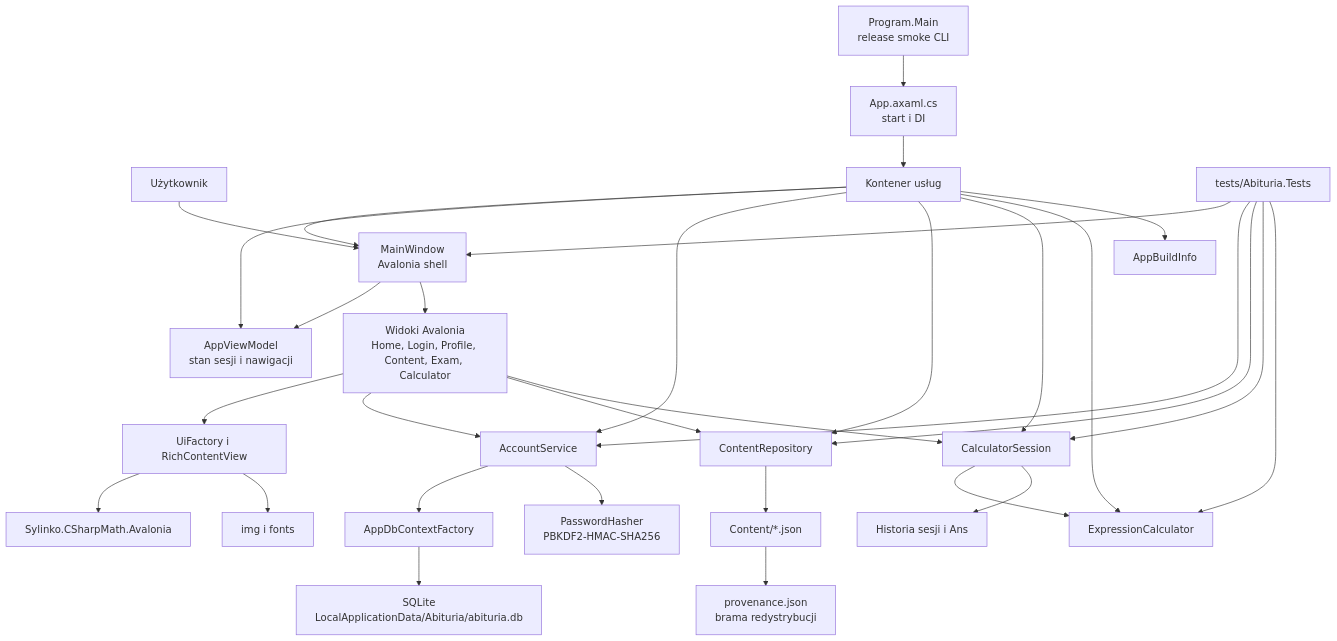
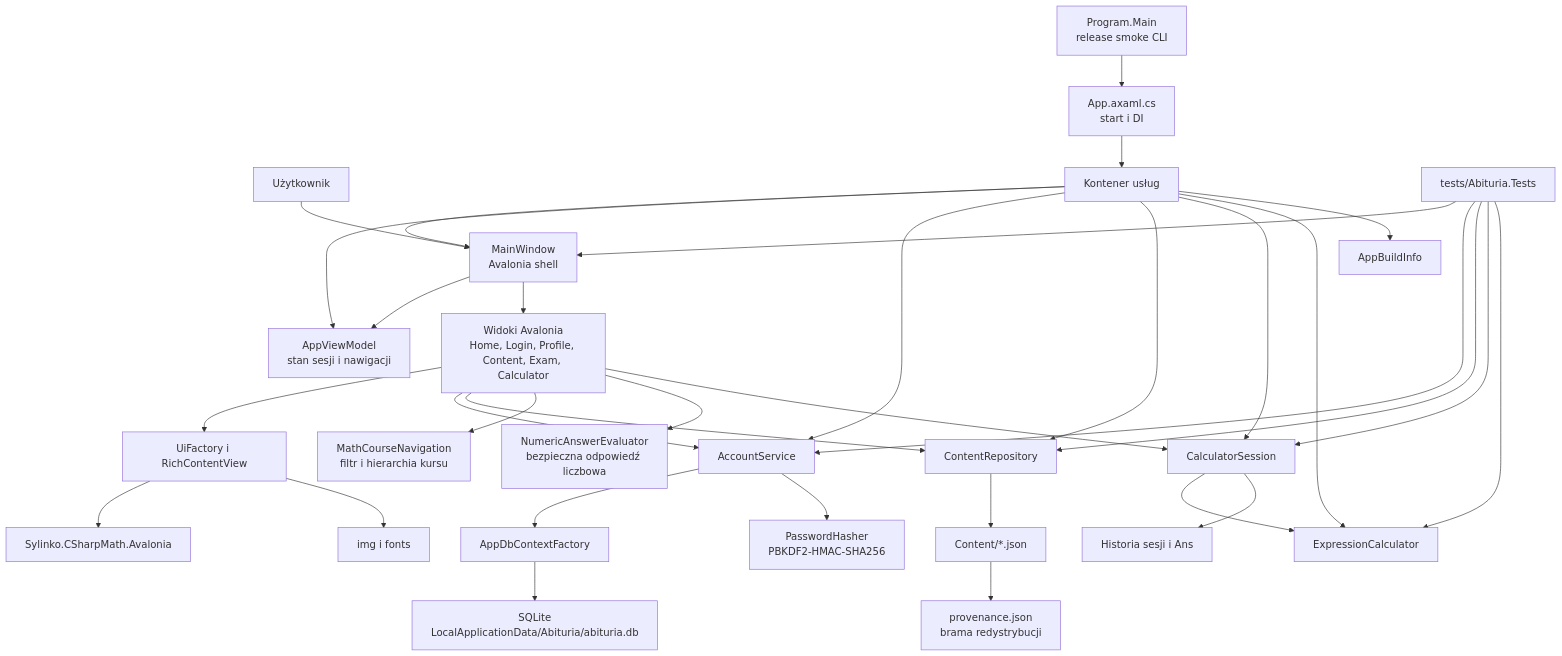
Before and after one commit to haribo841/Abituria: the diagram in docs/ARCHITECTURE.md, drawn with Mermaid. The commit also changed other lines of this file and 59 other files, not shown here.

````diff
--- a/docs/ARCHITECTURE.md
+++ b/docs/ARCHITECTURE.md
@@ -23,39 +23,41 @@
 ```mermaid
 flowchart TB
     User["Użytkownik"] --> Window["MainWindow<br/>Avalonia shell"]
 
     App["App.axaml.cs<br/>start i DI"] --> Services["Kontener usług"]
     Cli["Program.Main<br/>release smoke CLI"] --> App
     Services --> Window
     Services --> ViewModel["AppViewModel<br/>stan sesji i nawigacji"]
     Services --> Accounts["AccountService"]
     Services --> Content["ContentRepository"]
     Services --> CalculatorSession["CalculatorSession"]
     Services --> ExpressionCalculator["ExpressionCalculator"]
     Services --> BuildInfo["AppBuildInfo"]
 
     Window --> ViewModel
     Window --> Views["Widoki Avalonia<br/>Home, Login, Profile, Content, Exam, Calculator"]
     Views --> Ui["UiFactory i RichContentView"]
     Views --> Accounts
     Views --> Content
+    Views --> CourseNavigation["MathCourseNavigation<br/>filtr i hierarchia kursu"]
+    Views --> NumericAnswers["NumericAnswerEvaluator<br/>bezpieczna odpowiedź liczbowa"]
     Views --> CalculatorSession
 
     CalculatorSession --> ExpressionCalculator
     CalculatorSession --> CalculatorHistory["Historia sesji i Ans"]
 
     Content --> Json["Content/*.json"]
     Json --> Provenance["provenance.json<br/>brama redystrybucji"]
     Ui --> Math["Sylinko.CSharpMath.Avalonia"]
     Ui --> Assets["img i fonts"]
 
     Accounts --> DbFactory["AppDbContextFactory"]
     DbFactory --> SQLite["SQLite<br/>LocalApplicationData/Abituria/abituria.db"]
     Accounts --> Passwords["PasswordHasher<br/>PBKDF2-HMAC-SHA256"]
 
     Tests["tests/Abituria.Tests"] --> Window
     Tests --> Accounts
     Tests --> Content
     Tests --> CalculatorSession
     Tests --> ExpressionCalculator
 ```
````
